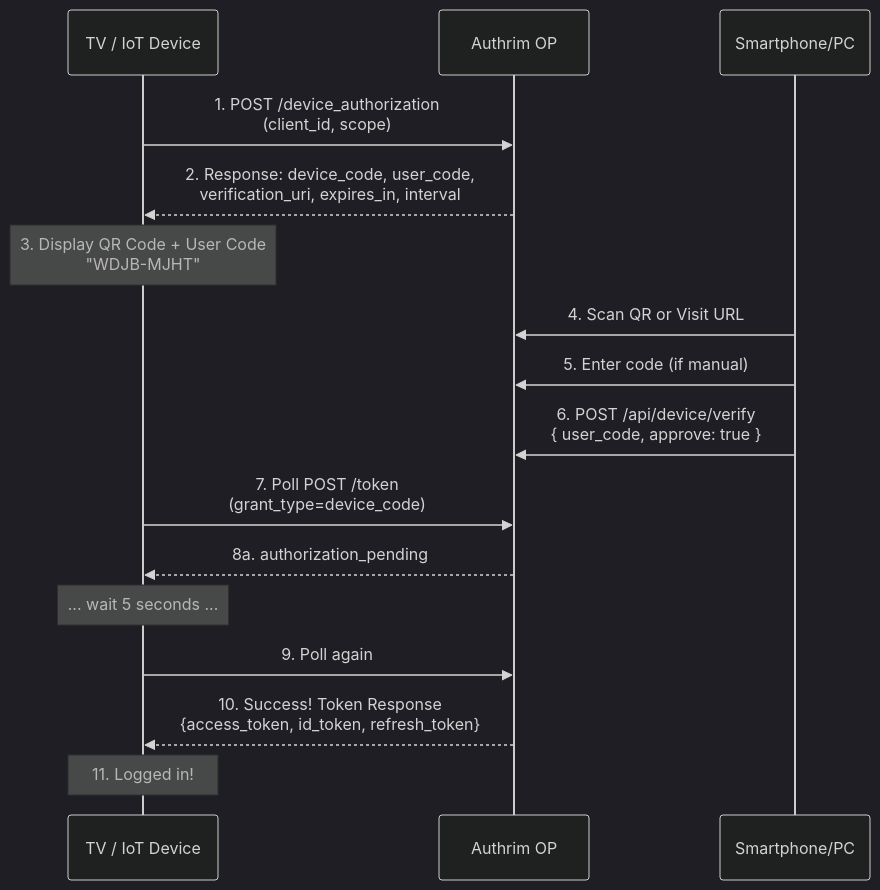
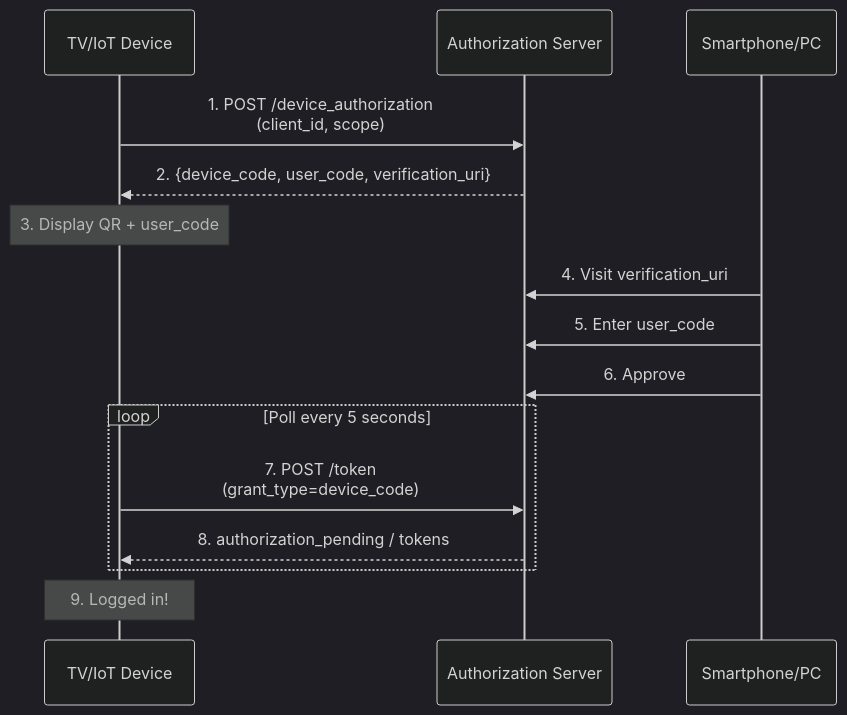
One commit to fossabot/authrim changed the diagram in docs/features/device-flow.md. Above: the diagram before and after it, drawn with Mermaid (dark theme). The commit also changed other lines of this file and 39 other files, not shown here.

````diff
--- a/docs/features/device-flow.md
+++ b/docs/features/device-flow.md
@@ -61,25 +196,22 @@
 ```mermaid
 sequenceDiagram
-    participant Device as TV / IoT Device
-    participant OP as Authrim OP
+    participant Device as TV/IoT Device
+    participant AS as Authorization Server
     participant User as Smartphone/PC
 
-    Device->>OP: 1. POST /device_authorization<br/>(client_id, scope)
-    OP-->>Device: 2. Response: device_code, user_code,<br/>verification_uri, expires_in, interval
+    Device->>AS: 1. POST /device_authorization<br/>(client_id, scope)
+    AS-->>Device: 2. {device_code, user_code, verification_uri}
 
-    Note over Device: 3. Display QR Code + User Code<br/>"WDJB-MJHT"
+    Note over Device: 3. Display QR + user_code
 
-    User->>OP: 4. Scan QR or Visit URL
-    User->>OP: 5. Enter code (if manual)
-    User->>OP: 6. POST /api/device/verify<br/>{ user_code, approve: true }
+    User->>AS: 4. Visit verification_uri
+    User->>AS: 5. Enter user_code
+    User->>AS: 6. Approve
 
-    Device->>OP: 7. Poll POST /token<br/>(grant_type=device_code)
-    OP-->>Device: 8a. authorization_pending
+    loop Poll every 5 seconds
+        Device->>AS: 7. POST /token<br/>(grant_type=device_code)
+        AS-->>Device: 8. authorization_pending / tokens
+    end
 
-    Note over Device: ... wait 5 seconds ...
-
-    Device->>OP: 9. Poll again
-    OP-->>Device: 10. Success! Token Response<br/>{access_token, id_token, refresh_token}
-
-    Note over Device: 11. Logged in!
+    Note over Device: 9. Logged in!
 ```
````
